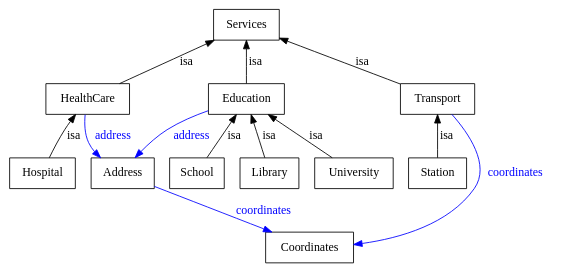
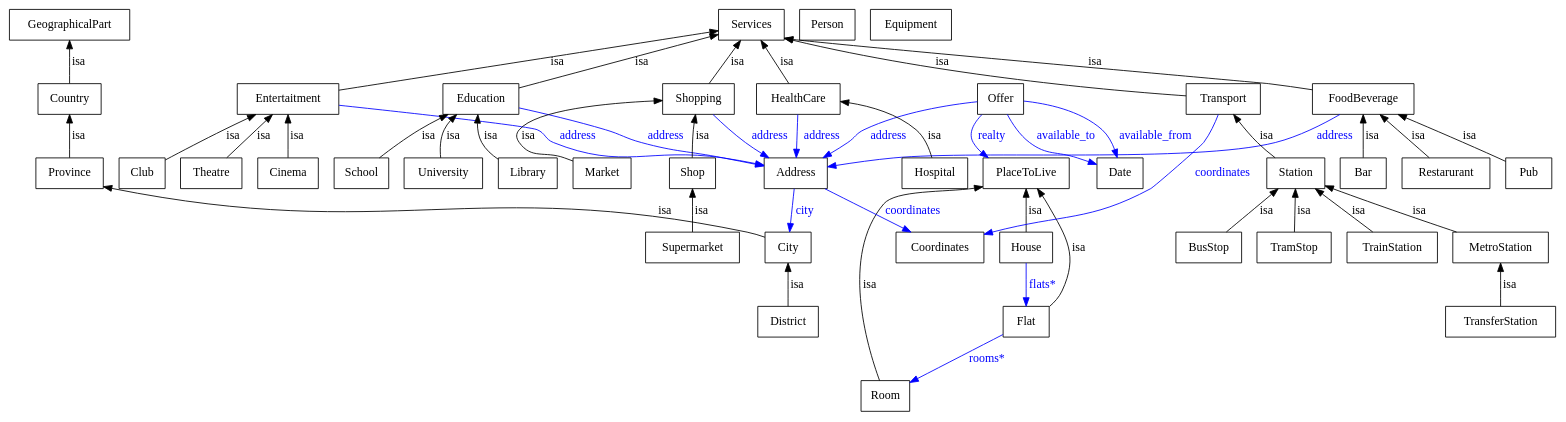
One commit to deric/housing changed the diagram in trunk/protege/house.dot. Above: the diagram before and after it, drawn with Graphviz. The commit also changed 10 other files, not shown here.

```diff
--- a/trunk/protege/house.dot
+++ b/trunk/protege/house.dot
@@ -1,27 +1,91 @@
 digraph house {
 	node [label="\N"];
-	graph [bb="0,0,523,306"];
-	Hospital [label=Hospital, shape=box, color="0.0,0.0,0.0", fontcolor="0.0,0.0,0.0", pos="31,108", width="0.86111", height="0.5"];
-	HealthCare [label=HealthCare, shape=box, color="0.0,0.0,0.0", fontcolor="0.0,0.0,0.0", pos="81,198", width="1.0833", height="0.5"];
-	School [label=School, shape=box, color="0.0,0.0,0.0", fontcolor="0.0,0.0,0.0", pos="185,108", width="0.75", height="0.5"];
-	Education [label=Education, shape=box, color="0.0,0.0,0.0", fontcolor="0.0,0.0,0.0", pos="233,198", width="0.97222", height="0.5"];
-	Station [label=Station, shape=box, color="0.0,0.0,0.0", fontcolor="0.0,0.0,0.0", pos="421,108", width="0.75", height="0.5"];
-	Transport [label=Transport, shape=box, color="0.0,0.0,0.0", fontcolor="0.0,0.0,0.0", pos="421,198", width="0.94444", height="0.5"];
-	Coordinates [label=Coordinates, shape=box, color="0.0,0.0,0.0", fontcolor="0.0,0.0,0.0", pos="371,18", width="1.1111", height="0.5"];
-	Services [label=Services, shape=box, color="0.0,0.0,0.0", fontcolor="0.0,0.0,0.0", pos="233,288", width="0.86111", height="0.5"];
-	Address [label=Address, shape=box, color="0.0,0.0,0.0", fontcolor="0.0,0.0,0.0", pos="110,108", width="0.83333", height="0.5"];
-	Library [label=Library, shape=box, color="0.0,0.0,0.0", fontcolor="0.0,0.0,0.0", pos="258,108", width="0.77778", height="0.5"];
-	University [label=University, shape=box, color="0.0,0.0,0.0", fontcolor="0.0,0.0,0.0", pos="340,108", width=1, height="0.5"];
-	HealthCare -> Hospital [dir=back, label=isa, color="0.0,0.0,0.0", fontcolor="0.0,0.0,0.0", pos="s,70.191,179.76 65.073,170.93 63.346,167.93 61.626,164.9 60,162 53.345,150.12 46.095,136.62 40.509,126.09", lp="67.5,153"];
-	Education -> School [dir=back, label=isa, color="0.0,0.0,0.0", fontcolor="0.0,0.0,0.0", pos="s,223.29,179.79 218.49,170.79 210.79,156.35 201.53,138.99 194.7,126.19", lp="220.5,153"];
-	Transport -> Station [dir=back, label=isa, color="0.0,0.0,0.0", fontcolor="0.0,0.0,0.0", pos="s,421,179.79 421,169.55 421,155.36 421,138.62 421,126.19", lp="428.5,153"];
-	Services -> HealthCare [dir=back, label=isa, color="0.0,0.0,0.0", fontcolor="0.0,0.0,0.0", pos="s,202.24,269.79 193.51,264.62 167.9,249.46 135.04,230 111.45,216.03", lp="178.5,243"];
-	HealthCare -> Address [label=address, color="0.6666667,1.0,1.0", fontcolor="0.6666667,1.0,1.0", style=filled, pos="e,92.359,126.05 78.536,179.99 77.743,169.24 77.937,155.49 82,144 83.17,140.69 84.775,137.45 86.629,134.35", lp="102.5,153"];
-	Services -> Education [dir=back, label=isa, color="0.0,0.0,0.0", fontcolor="0.0,0.0,0.0", pos="s,233,269.79 233,259.55 233,245.36 233,228.62 233,216.19", lp="240.5,243"];
-	Education -> Address [label=address, color="0.6666667,1.0,1.0", fontcolor="0.6666667,1.0,1.0", style=filled, pos="e,123.53,126.17 197.91,184.25 185.05,178.38 170.77,170.83 159,162 148.4,154.05 138.27,143.57 130.01,133.96", lp="179.5,153"];
-	Education -> Library [dir=back, label=isa, color="0.0,0.0,0.0", fontcolor="0.0,0.0,0.0", pos="s,238.06,179.79 240.79,169.96 244.75,155.69 249.46,138.74 252.95,126.19", lp="254.5,153"];
-	Education -> University [dir=back, label=isa, color="0.0,0.0,0.0", fontcolor="0.0,0.0,0.0", pos="s,254.65,179.79 262.44,173.24 280.14,158.35 302.29,139.72 318.38,126.19", lp="303.5,153"];
-	Services -> Transport [dir=back, label=isa, color="0.0,0.0,0.0", fontcolor="0.0,0.0,0.0", pos="s,264.04,273.14 273.18,268.77 306.96,252.6 354.72,229.73 386.72,214.41", lp="350.5,243"];
-	Transport -> Coordinates [label=coordinates, color="0.6666667,1.0,1.0", fontcolor="0.6666667,1.0,1.0", style=filled, pos="e,404.77,36.203 435.27,179.93 450.68,158.08 471.22,120.44 457,90 447.81,70.318 430.3,54.117 413.46,42.101", lp="492,108"];
-	Address -> Coordinates [label=coordinates, color="0.6666667,1.0,1.0", fontcolor="0.6666667,1.0,1.0", style=filled, pos="e,330.8,29.47 140.08,93.687 143.07,92.393 146.08,91.141 149,90 207.18,67.233 275.81,45.773 321.19,32.303", lp="276,63"];
+	graph [bb="0,0,1735,486"];
+	PlaceToLive [label=PlaceToLive, shape=box, color="0.0,0.0,0.0", fontcolor="0.0,0.0,0.0", pos="1139,288", width="1.33", height="0.50"];
+	District [label=District, shape=box, color="0.0,0.0,0.0", fontcolor="0.0,0.0,0.0", pos="867,108", width="0.92", height="0.50"];
+	City [label=City, shape=box, color="0.0,0.0,0.0", fontcolor="0.0,0.0,0.0", pos="867,198", width="0.75", height="0.50"];
+	Province [label=Province, shape=box, color="0.0,0.0,0.0", fontcolor="0.0,0.0,0.0", pos="67,288", width="1.03", height="0.50"];
+	Country [label=Country, shape=box, color="0.0,0.0,0.0", fontcolor="0.0,0.0,0.0", pos="67,378", width="1.00", height="0.50"];
+	Bar [label=Bar, shape=box, color="0.0,0.0,0.0", fontcolor="0.0,0.0,0.0", pos="1520,288", width="0.75", height="0.50"];
+	FoodBeverage [label=FoodBeverage, shape=box, color="0.0,0.0,0.0", fontcolor="0.0,0.0,0.0", pos="1520,378", width="1.58", height="0.50"];
+	Club [label=Club, shape=box, color="0.0,0.0,0.0", fontcolor="0.0,0.0,0.0", pos="149,288", width="0.75", height="0.50"];
+	Entertaitment [label=Entertaitment, shape=box, color="0.0,0.0,0.0", fontcolor="0.0,0.0,0.0", pos="316,378", width="1.58", height="0.50"];
+	TramStop [label=TramStop, shape=box, color="0.0,0.0,0.0", fontcolor="0.0,0.0,0.0", pos="1440,198", width="1.11", height="0.50"];
+	Station [label=Station, shape=box, color="0.0,0.0,0.0", fontcolor="0.0,0.0,0.0", pos="1442,288", width="0.92", height="0.50"];
+	Restarurant [label=Restarurant, shape=box, color="0.0,0.0,0.0", fontcolor="0.0,0.0,0.0", pos="1614,288", width="1.36", height="0.50"];
+	TrainStation [label=TrainStation, shape=box, color="0.0,0.0,0.0", fontcolor="0.0,0.0,0.0", pos="1548,198", width="1.39", height="0.50"];
+	Education [label=Education, shape=box, color="0.0,0.0,0.0", fontcolor="0.0,0.0,0.0", pos="531,378", width="1.17", height="0.50"];
+	Services [label=Services, shape=box, color="0.0,0.0,0.0", fontcolor="0.0,0.0,0.0", pos="828,468", width="1.00", height="0.50"];
+	Address [label=Address, shape=box, color="0.0,0.0,0.0", fontcolor="0.0,0.0,0.0", pos="882,288", width="0.97", height="0.50"];
+	Library [label=Library, shape=box, color="0.0,0.0,0.0", fontcolor="0.0,0.0,0.0", pos="582,288", width="0.89", height="0.50"];
+	Transport [label=Transport, shape=box, color="0.0,0.0,0.0", fontcolor="0.0,0.0,0.0", pos="1364,378", width="1.11", height="0.50"];
+	Coordinates [label=Coordinates, shape=box, color="0.0,0.0,0.0", fontcolor="0.0,0.0,0.0", pos="1043,198", width="1.36", height="0.50"];
+	Room [label=Room, shape=box, color="0.0,0.0,0.0", fontcolor="0.0,0.0,0.0", pos="1017,18", width="0.75", height="0.50"];
+	Offer [label=Offer, shape=box, color="0.0,0.0,0.0", fontcolor="0.0,0.0,0.0", pos="1111,378", width="0.75", height="0.50"];
+	Date [label=Date, shape=box, color="0.0,0.0,0.0", fontcolor="0.0,0.0,0.0", pos="1240,288", width="0.75", height="0.50"];
+	Pub [label=Pub, shape=box, color="0.0,0.0,0.0", fontcolor="0.0,0.0,0.0", pos="1708,288", width="0.75", height="0.50"];
+	Shopping [label=Shopping, shape=box, color="0.0,0.0,0.0", fontcolor="0.0,0.0,0.0", pos="773,378", width="1.11", height="0.50"];
+	Person [label=Person, shape=box, color="0.0,0.0,0.0", fontcolor="0.0,0.0,0.0", pos="913,468", width="0.86", height="0.50"];
+	Equipment [label=Equipment, shape=box, color="0.0,0.0,0.0", fontcolor="0.0,0.0,0.0", pos="1007,468", width="1.25", height="0.50"];
+	Flat [label=Flat, shape=box, color="0.0,0.0,0.0", fontcolor="0.0,0.0,0.0", pos="1139,108", width="0.75", height="0.50"];
+	MetroStation [label=MetroStation, shape=box, color="0.0,0.0,0.0", fontcolor="0.0,0.0,0.0", pos="1669,198", width="1.47", height="0.50"];
+	Market [label=Market, shape=box, color="0.0,0.0,0.0", fontcolor="0.0,0.0,0.0", pos="664,288", width="0.89", height="0.50"];
+	House [label=House, shape=box, color="0.0,0.0,0.0", fontcolor="0.0,0.0,0.0", pos="1139,198", width="0.81", height="0.50"];
+	Theatre [label=Theatre, shape=box, color="0.0,0.0,0.0", fontcolor="0.0,0.0,0.0", pos="229,288", width="0.97", height="0.50"];
+	School [label=School, shape=box, color="0.0,0.0,0.0", fontcolor="0.0,0.0,0.0", pos="398,288", width="0.83", height="0.50"];
+	Hospital [label=Hospital, shape=box, color="0.0,0.0,0.0", fontcolor="0.0,0.0,0.0", pos="1037,288", width="1.00", height="0.50"];
+	HealthCare [label=HealthCare, shape=box, color="0.0,0.0,0.0", fontcolor="0.0,0.0,0.0", pos="885,378", width="1.31", height="0.50"];
+	GeographicalPart [label=GeographicalPart, shape=box, color="0.0,0.0,0.0", fontcolor="0.0,0.0,0.0", pos="67,468", width="1.86", height="0.50"];
+	Supermarket [label=Supermarket, shape=box, color="0.0,0.0,0.0", fontcolor="0.0,0.0,0.0", pos="767,198", width="1.44", height="0.50"];
+	Shop [label=Shop, shape=box, color="0.0,0.0,0.0", fontcolor="0.0,0.0,0.0", pos="767,288", width="0.75", height="0.50"];
+	TransferStation [label=TransferStation, shape=box, color="0.0,0.0,0.0", fontcolor="0.0,0.0,0.0", pos="1669,108", width="1.69", height="0.50"];
+	Cinema [label=Cinema, shape=box, color="0.0,0.0,0.0", fontcolor="0.0,0.0,0.0", pos="316,288", width="0.94", height="0.50"];
+	University [label=University, shape=box, color="0.0,0.0,0.0", fontcolor="0.0,0.0,0.0", pos="489,288", width="1.19", height="0.50"];
+	BusStop [label=BusStop, shape=box, color="0.0,0.0,0.0", fontcolor="0.0,0.0,0.0", pos="1346,198", width="1.00", height="0.50"];
+	City -> District [dir=back, label=isa, color="0.0,0.0,0.0", fontcolor="0.0,0.0,0.0", pos="s,867,180 867,170 867,155 867,139 867,126", lp="876,153"];
+	Country -> Province [dir=back, label=isa, color="0.0,0.0,0.0", fontcolor="0.0,0.0,0.0", pos="s,67,360 67,350 67,335 67,319 67,306", lp="77,333"];
+	FoodBeverage -> Bar [dir=back, label=isa, color="0.0,0.0,0.0", fontcolor="0.0,0.0,0.0", pos="s,1520,360 1520,350 1520,335 1520,319 1520,306", lp="1529,333"];
+	Entertaitment -> Club [dir=back, label=isa, color="0.0,0.0,0.0", fontcolor="0.0,0.0,0.0", pos="s,278,360 269,355 260,351 251,346 243,342 220,330 195,315 176,304", lp="259,333"];
+	Station -> TramStop [dir=back, label=isa, color="0.0,0.0,0.0", fontcolor="0.0,0.0,0.0", pos="s,1442,270 1441,260 1441,245 1441,229 1440,216", lp="1449,243"];
+	FoodBeverage -> Restarurant [dir=back, label=isa, color="0.0,0.0,0.0", fontcolor="0.0,0.0,0.0", pos="s,1539,360 1546,353 1561,338 1580,320 1595,306", lp="1583,333"];
+	Station -> TrainStation [dir=back, label=isa, color="0.0,0.0,0.0", fontcolor="0.0,0.0,0.0", pos="s,1463,270 1471,263 1488,248 1510,230 1526,216", lp="1513,243"];
+	Services -> Education [dir=back, label=isa, color="0.0,0.0,0.0", fontcolor="0.0,0.0,0.0", pos="s,792,457 782,454 725,436 629,407 573,391", lp="714,423"];
+	Education -> Address [label=address, color="0.6666667,1.0,1.0", fontcolor="0.6666667,1.0,1.0", style=filled, pos="e,847,296 573,369 601,362 637,353 669,342 686,335 689,329 708,324 748,310 760,314 803,306 814,304 826,301 837,298", lp="734,333"];
+	Education -> Library [dir=back, label=isa, color="0.0,0.0,0.0", fontcolor="0.0,0.0,0.0", pos="s,527,360 527,350 527,341 528,332 532,324 536,316 543,309 550,304", lp="541,333"];
+	Services -> Transport [dir=back, label=isa, color="0.0,0.0,0.0", fontcolor="0.0,0.0,0.0", pos="s,864,453 874,450 1044,404 1241,387 1324,381", lp="1040,423"];
+	Transport -> Coordinates [label=coordinates, color="0.6666667,1.0,1.0", fontcolor="0.6666667,1.0,1.0", style=filled, pos="e,1092,213 1357,360 1353,349 1346,335 1338,324 1332,316 1283,274 1276,270 1208,232 1180,238 1102,216", lp="1360,288"];
+	PlaceToLive -> Room [dir=back, label=isa, color="0.0,0.0,0.0", fontcolor="0.0,0.0,0.0", pos="s,1091,272 1081,270 1047,265 993,267 980,252 926,188 980,79 1006,36", lp="968,153"];
+	Offer -> Date [label=available_to, color="0.6666667,1.0,1.0", fontcolor="0.6666667,1.0,1.0", style=filled, pos="e,1213,299 1118,360 1123,348 1132,333 1144,324 1163,308 1173,314 1196,306 1198,305 1201,304 1204,303", lp="1185,333"];
+	Offer -> Date [label=available_from, color="0.6666667,1.0,1.0", fontcolor="0.6666667,1.0,1.0", style=filled, pos="e,1240,306 1138,373 1168,366 1214,355 1227,342 1233,335 1237,325 1238,316", lp="1284,333"];
+	Offer -> PlaceToLive [label=realty, color="0.6666667,1.0,1.0", fontcolor="0.6666667,1.0,1.0", style=filled, pos="e,1097,306 1090,360 1081,350 1073,336 1080,324 1082,320 1085,316 1089,313", lp="1100,333"];
+	Offer -> Address [label=address, color="0.6666667,1.0,1.0", fontcolor="0.6666667,1.0,1.0", style=filled, pos="e,915,306 1084,374 1044,368 974,355 953,342 944,336 946,330 939,324 934,319 929,315 923,312", lp="982,333"];
+	Province -> City [dir=back, label=isa, color="0.0,0.0,0.0", fontcolor="0.0,0.0,0.0", pos="s,104,272 114,270 285,235 676,255 828,216 832,215 836,213 840,212", lp="688,243"];
+	FoodBeverage -> Pub [dir=back, label=isa, color="0.0,0.0,0.0", fontcolor="0.0,0.0,0.0", pos="s,1558,360 1567,356 1597,341 1637,322 1672,306 1675,305 1678,303 1681,302", lp="1638,333"];
+	Services -> Shopping [dir=back, label=isa, color="0.0,0.0,0.0", fontcolor="0.0,0.0,0.0", pos="s,817,450 812,441 803,427 792,409 784,396", lp="813,423"];
+	Shopping -> Address [label=address, color="0.6666667,1.0,1.0", fontcolor="0.6666667,1.0,1.0", style=filled, pos="e,850,306 788,360 798,349 812,335 825,324 830,320 836,316 841,312", lp="851,333"];
+	Services -> Entertaitment [dir=back, label=isa, color="0.0,0.0,0.0", fontcolor="0.0,0.0,0.0", pos="s,792,462 782,460 688,443 475,406 373,388", lp="626,423"];
+	Entertaitment -> Address [label=address, color="0.6666667,1.0,1.0", fontcolor="0.6666667,1.0,1.0", style=filled, pos="e,847,297 373,372 452,363 584,348 593,342 600,336 595,328 603,324 640,299 758,312 803,306 814,304 826,302 837,299", lp="629,333"];
+	Address -> Coordinates [label=coordinates, color="0.6666667,1.0,1.0", fontcolor="0.6666667,1.0,1.0", style=filled, pos="e,1011,216 915,270 940,256 975,236 1002,221", lp="1016,243"];
+	Address -> City [label=city, color="0.6666667,1.0,1.0", fontcolor="0.6666667,1.0,1.0", style=filled, pos="e,870,216 879,270 877,257 874,240 872,226", lp="886,243"];
+	PlaceToLive -> Flat [dir=back, label=isa, color="0.0,0.0,0.0", fontcolor="0.0,0.0,0.0", pos="s,1152,270 1158,261 1176,231 1198,183 1181,144 1178,137 1172,131 1166,125", lp="1195,198"];
+	Flat -> Room [label="rooms*", color="0.6666667,1.0,1.0", fontcolor="0.6666667,1.0,1.0", style=filled, pos="e,1042,36 1114,90 1096,76 1070,57 1050,42", lp="1113,63"];
+	Station -> MetroStation [dir=back, label=isa, color="0.0,0.0,0.0", fontcolor="0.0,0.0,0.0", pos="s,1475,273 1484,269 1536,249 1585,229 1621,216", lp="1577,243"];
+	Shopping -> Market [dir=back, label=isa, color="0.0,0.0,0.0", fontcolor="0.0,0.0,0.0", pos="s,733,377 723,376 670,373 592,364 574,342 568,335 569,330 574,324 587,304 601,314 623,306 626,305 629,303 632,302", lp="583,333"];
+	Services -> FoodBeverage [dir=back, label=isa, color="0.0,0.0,0.0", fontcolor="0.0,0.0,0.0", pos="s,864,453 874,450 953,431 976,440 1054,432 1213,416 1254,417 1413,396 1429,394 1447,391 1463,388", lp="1253,423"];
+	FoodBeverage -> Address [label=address, color="0.6666667,1.0,1.0", fontcolor="0.6666667,1.0,1.0", style=filled, pos="e,917,295 1491,360 1467,346 1435,328 1421,324 1329,298 1086,315 992,306 971,303 947,299 927,296", lp="1485,333"];
+	PlaceToLive -> House [dir=back, label=isa, color="0.0,0.0,0.0", fontcolor="0.0,0.0,0.0", pos="s,1139,270 1139,260 1139,245 1139,229 1139,216", lp="1148,243"];
+	House -> Flat [label="flats*", color="0.6666667,1.0,1.0", fontcolor="0.6666667,1.0,1.0", style=filled, pos="e,1139,126 1139,180 1139,167 1139,151 1139,136", lp="1158,153"];
+	Entertaitment -> Theatre [dir=back, label=isa, color="0.0,0.0,0.0", fontcolor="0.0,0.0,0.0", pos="s,298,360 291,353 277,338 260,320 247,306", lp="292,333"];
+	Education -> School [dir=back, label=isa, color="0.0,0.0,0.0", fontcolor="0.0,0.0,0.0", pos="s,492,360 483,355 476,351 468,346 461,342 445,331 429,317 417,306", lp="473,333"];
+	HealthCare -> Hospital [dir=back, label=isa, color="0.0,0.0,0.0", fontcolor="0.0,0.0,0.0", pos="s,932,369 942,367 971,360 1003,352 1015,342 1025,332 1031,318 1034,306", lp="1034,333"];
+	GeographicalPart -> Country [dir=back, label=isa, color="0.0,0.0,0.0", fontcolor="0.0,0.0,0.0", pos="s,67,450 67,440 67,425 67,409 67,396", lp="77,423"];
+	Transport -> Station [dir=back, label=isa, color="0.0,0.0,0.0", fontcolor="0.0,0.0,0.0", pos="s,1375,360 1381,352 1387,342 1394,332 1402,324 1407,318 1413,312 1420,306", lp="1411,333"];
+	Shop -> Supermarket [dir=back, label=isa, color="0.0,0.0,0.0", fontcolor="0.0,0.0,0.0", pos="s,767,270 767,260 767,245 767,229 767,216", lp="776,243"];
+	MetroStation -> TransferStation [dir=back, label=isa, color="0.0,0.0,0.0", fontcolor="0.0,0.0,0.0", pos="s,1669,180 1669,170 1669,155 1669,139 1669,126", lp="1678,153"];
+	Services -> HealthCare [dir=back, label=isa, color="0.0,0.0,0.0", fontcolor="0.0,0.0,0.0", pos="s,840,450 845,441 855,427 866,409 873,396", lp="869,423"];
+	HealthCare -> Address [label=address, color="0.6666667,1.0,1.0", fontcolor="0.6666667,1.0,1.0", style=filled, pos="e,883,306 884,360 884,347 883,331 883,316", lp="909,333"];
+	Entertaitment -> Cinema [dir=back, label=isa, color="0.0,0.0,0.0", fontcolor="0.0,0.0,0.0", pos="s,316,360 316,350 316,335 316,319 316,306", lp="326,333"];
+	Education -> University [dir=back, label=isa, color="0.0,0.0,0.0", fontcolor="0.0,0.0,0.0", pos="s,504,360 497,353 494,350 492,346 490,342 484,331 484,317 485,306", lp="499,333"];
+	Shopping -> Shop [dir=back, label=isa, color="0.0,0.0,0.0", fontcolor="0.0,0.0,0.0", pos="s,770,360 768,350 768,347 768,345 768,342 767,330 767,317 767,306", lp="777,333"];
+	Station -> BusStop [dir=back, label=isa, color="0.0,0.0,0.0", fontcolor="0.0,0.0,0.0", pos="s,1423,270 1415,263 1399,248 1380,230 1366,216", lp="1410,243"];
 }
```
